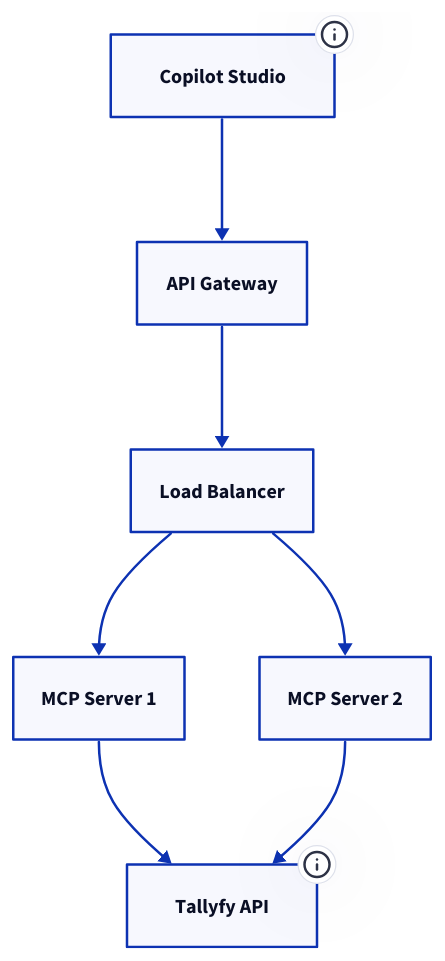
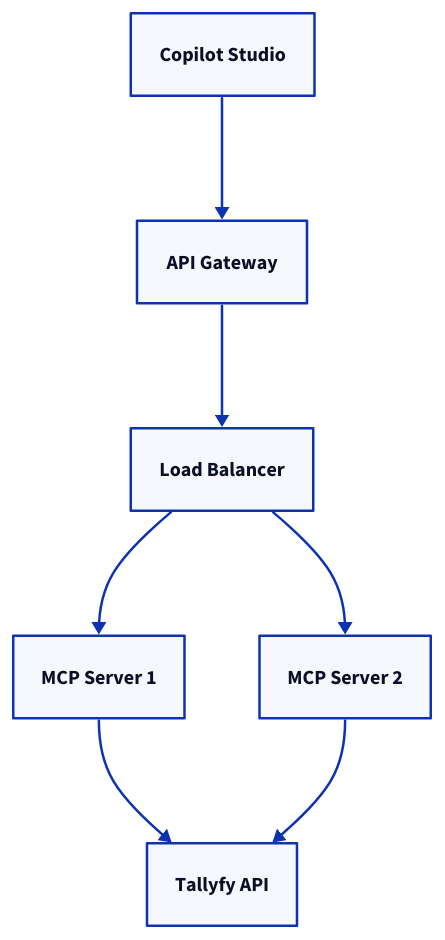
Before and after one commit to tallyfy/documentation: the third of 3 diagrams in src/content/docs/pro/integrations/mcp-server/microsoft-copilot-studio/index.mdx, drawn with D2. The commit also changed other lines of this file and 35 other files, not shown here.

First line of the commit message:
Remove .link and .tooltip properties from D2 diagrams

````diff
--- a/src/content/docs/pro/integrations/mcp-server/microsoft-copilot-studio/index.mdx
+++ b/src/content/docs/pro/integrations/mcp-server/microsoft-copilot-studio/index.mdx
@@ -147,27 +144,24 @@
 ```d2
 API: "API"
 Copilot: "Copilot"
 Gateway: "Gateway"
 LB: "LB"
 MCP1: "MCP1"
 MCP2: "MCP2"
 Copilot: Copilot Studio {shape: rectangle}
 Gateway: API Gateway {shape: rectangle}
 LB: Load Balancer {shape: rectangle}
 MCP1: MCP Server 1 {shape: rectangle}
 MCP2: MCP Server 2 {shape: rectangle}
 API: Tallyfy API {shape: rectangle}
 
 Copilot -> Gateway
 Gateway -> LB
 
 LB -> MCP1
 LB -> MCP2
 
 MCP1 -> API
 MCP2 -> API
 
-# Links (represented as tooltips)
-API.tooltip: API documentation - /products/pro/integrations/open-api/index/
-Copilot.tooltip: Setup prerequisites - #prerequisites
 ```
````
